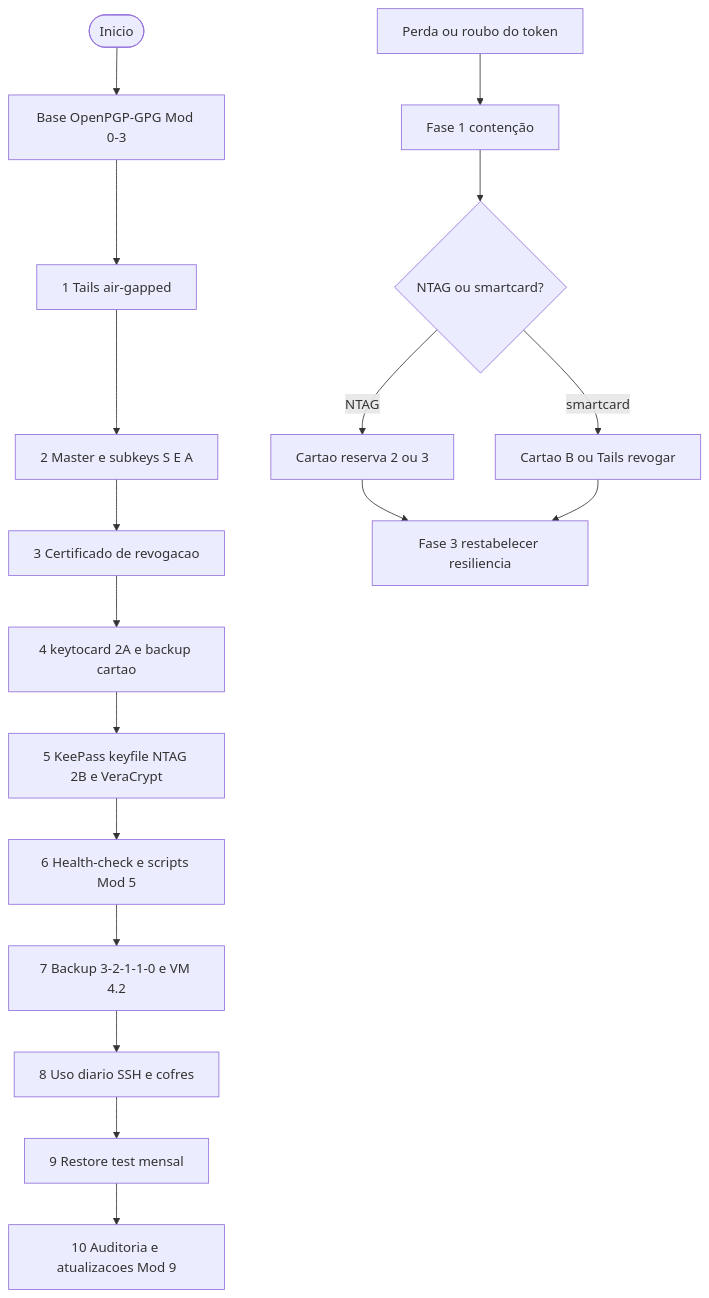
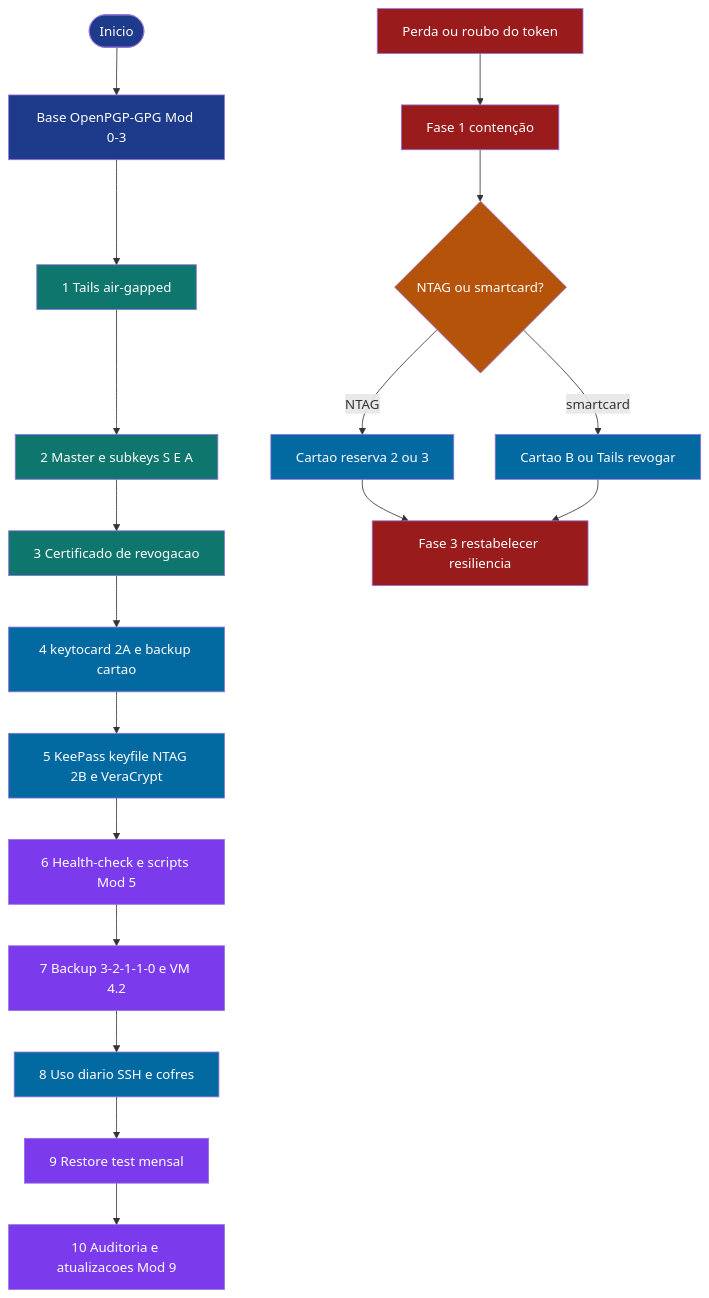
The second of 9 diagrams in 🎓 Zero-Trust-Core-Expert - Versão 1.0.md (VIPs-com/Zero-Trust-Core), drawn with Mermaid before and after one commit. The commit also changed other lines of this file and 5 other files, not shown here.

First line of the commit message:
Adiciona cores nos diagramas Mermaid e docs/DIAGRAMAS-VISUAIS.md.

````diff
--- a/🎓 Zero-Trust-Core-Expert - Versão 1.0.md
+++ b/🎓 Zero-Trust-Core-Expert - Versão 1.0.md
@@ -299,21 +324,36 @@
 ```mermaid
 flowchart TD
     Start([Inicio]) --> Learn["Base OpenPGP-GPG Mod 0-3"]
     Learn --> Tails["1 Tails air-gapped"]
     Tails --> Generate["2 Master e subkeys S E A"]
     Generate --> Revoke["3 Certificado de revogacao"]
     Revoke --> Card["4 keytocard 2A e backup cartao"]
     Card --> Kee["5 KeePass keyfile NTAG 2B e VeraCrypt"]
     Kee --> Auto["6 Health-check e scripts Mod 5"]
     Auto --> Backup["7 Backup 3-2-1-1-0 e VM 4.2"]
     Backup --> Daily["8 Uso diario SSH e cofres"]
     Daily --> Test["9 Restore test mensal"]
     Test --> Monitor["10 Auditoria e atualizacoes Mod 9"]
 
     Loss["Perda ou roubo do token"] --> RevokeNow["Fase 1 contenção"]
     RevokeNow --> Branch{NTAG ou smartcard?}
     Branch -->|NTAG| NTAG2["Cartao reserva 2 ou 3"]
     Branch -->|smartcard| SCARD["Cartao B ou Tails revogar"]
     NTAG2 --> Restore["Fase 3 restabelecer resiliencia"]
     SCARD --> Restore
+
+    classDef inicio fill:#1e3a8a,color:#fff
+    classDef airgap fill:#0f766e,color:#fff
+    classDef camada fill:#0369a1,color:#fff
+    classDef resiliencia fill:#7c3aed,color:#fff
+    classDef alerta fill:#991b1b,color:#fff
+    classDef decisao fill:#b45309,color:#fff
+
+    class Start,Learn inicio
+    class Tails,Generate,Revoke airgap
+    class Card,Kee,Daily camada
+    class Auto,Backup,Test,Monitor resiliencia
+    class Loss,RevokeNow,Restore alerta
+    class Branch decisao
+    class NTAG2,SCARD camada
 ```
````
